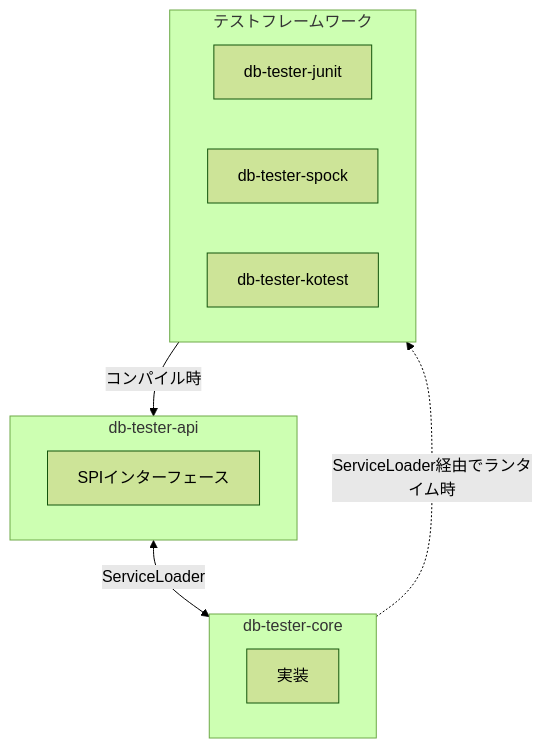
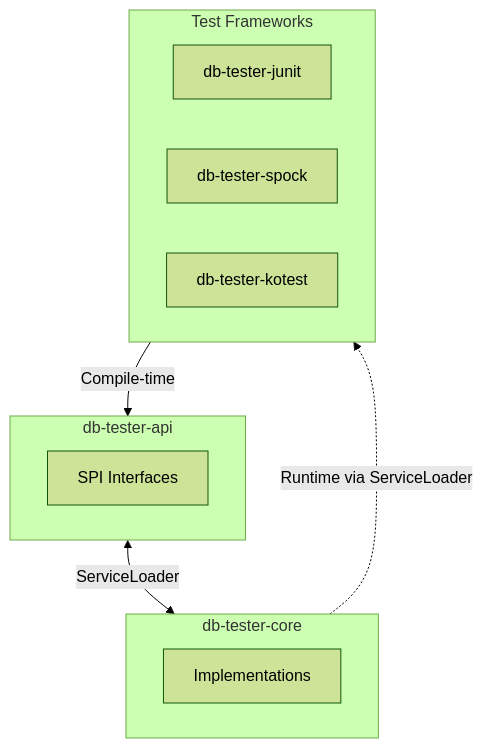
Before and after one commit to seijikohara/db-tester: the first of 2 diagrams in docs/specs/ja/spi.md, drawn with Mermaid (forest theme). The commit also changed other lines of this file and 141 other files, not shown here.

````diff
--- a/docs/specs/ja/spi.md
+++ b/docs/specs/ja/spi.md
@@ -12,20 +12,20 @@
 ```mermaid
 flowchart TB
     subgraph API[db-tester-api]
-        SPI[SPIインターフェース]
+        SPI[SPI Interfaces]
     end
 
     subgraph CORE[db-tester-core]
-        IMPL[実装]
+        IMPL[Implementations]
     end
 
-    subgraph Frameworks[テストフレームワーク]
+    subgraph Frameworks[Test Frameworks]
         JUNIT[db-tester-junit]
         SPOCK[db-tester-spock]
         KOTEST[db-tester-kotest]
     end
 
     API <-->|ServiceLoader| CORE
-    Frameworks -->|コンパイル時| API
-    CORE -.->|ServiceLoader経由でランタイム時| Frameworks
+    Frameworks -->|Compile-time| API
+    CORE -.->|Runtime via ServiceLoader| Frameworks
 ```
````
